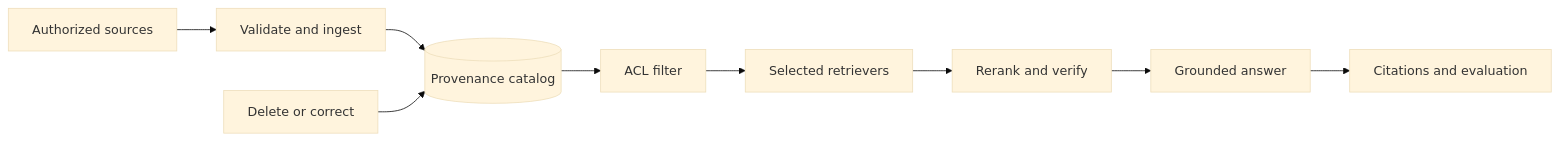
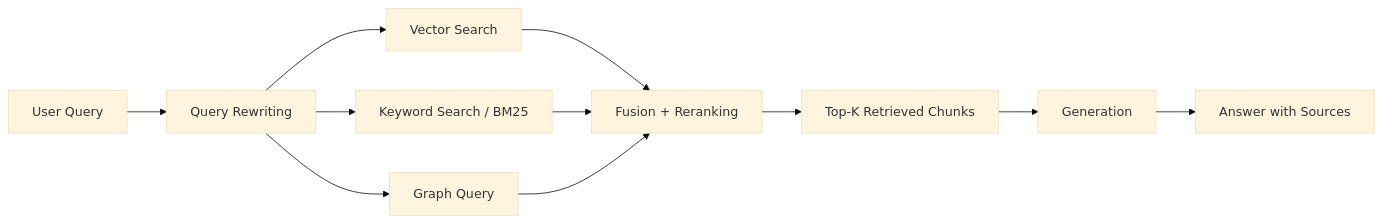
The second of 2 diagrams in content/06-memory-knowledge/README.md (grvmithas/open-ai-engineering-standards), drawn with Mermaid (base theme) before and after one commit. The commit also changed other lines of this file and 494 other files, not shown here.

````diff
--- a/content/06-memory-knowledge/README.md
+++ b/content/06-memory-knowledge/README.md
@@ -17,11 +83,13 @@
 ```mermaid
-flowchart LR
-    S[Authorized sources] --> I[Validate and ingest]
-    I --> P[(Provenance catalog)]
-    P --> A[ACL filter]
-    A --> R[Selected retrievers]
-    R --> V[Rerank and verify]
-    V --> G[Grounded answer]
-    G --> C[Citations and evaluation]
-    D[Delete or correct] --> P
+graph LR
+    Q[User Query] --> QR[Query Rewriting]
+    QR --> VS[Vector Search]
+    QR --> KW[Keyword Search / BM25]
+    QR --> GQ[Graph Query]
+    VS --> F[Fusion + Reranking]
+    KW --> F
+    GQ --> F
+    F --> R[Top-K Retrieved Chunks]
+    R --> G[Generation]
+    G --> Out[Answer with Sources]
 ```
````
